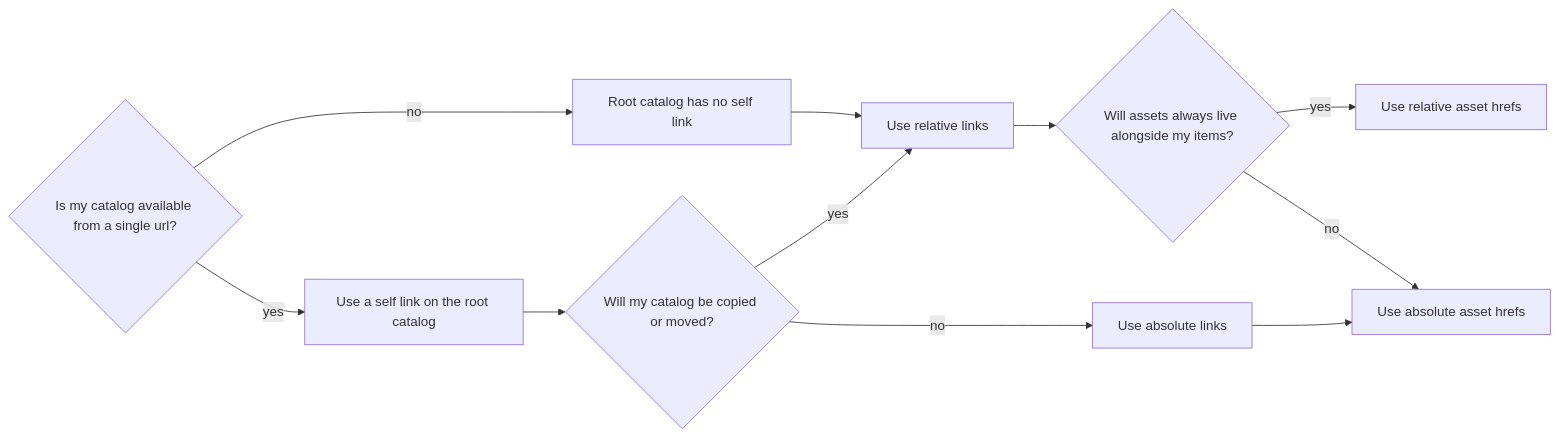
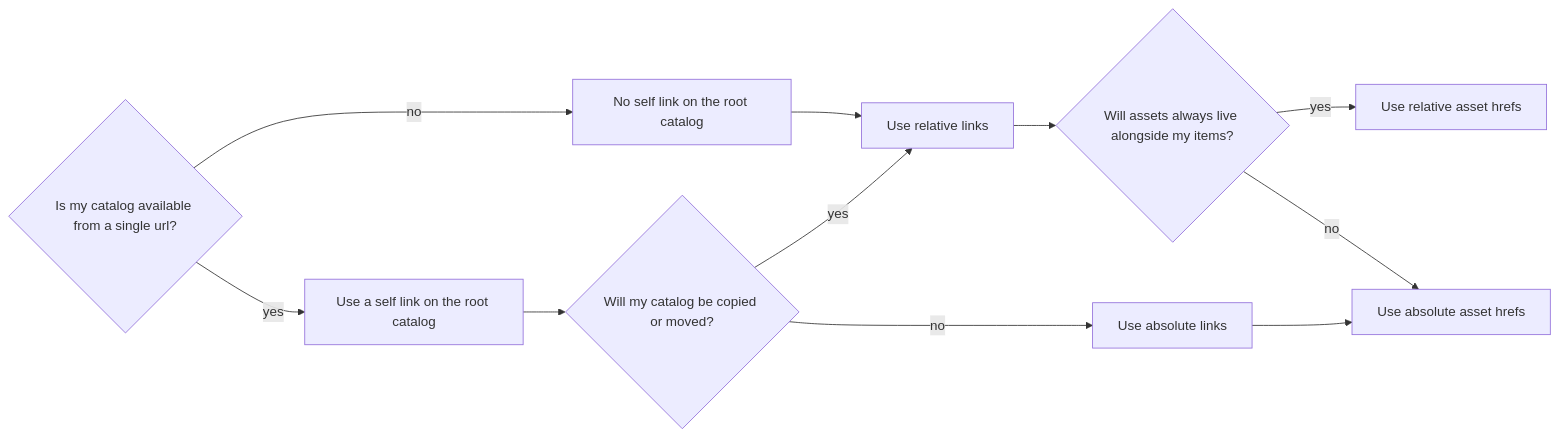
The diagram in best-practices-catalog-and-collection.md (radiantearth/stac-best-practices), drawn with Mermaid before and after one commit.

````diff
--- a/best-practices-catalog-and-collection.md
+++ b/best-practices-catalog-and-collection.md
@@ -234,23 +234,23 @@
 ```mermaid
 graph LR
     a["Is my catalog available from a single url?"]@{ shape: decision }
     b["Use a self link on the root catalog"]
-    c["Root catalog has no self link"]
+    c["No self link on the root catalog"]
     d["Use relative links"]
     e["Use absolute links"]
     f["Use relative asset hrefs"]
     g["Use absolute asset hrefs"]
     h["Will my catalog be copied or moved?"]@{ shape: decision }
     i["Will assets always live alongside my items?"]@{ shape: decision }
 
     a -- yes --> b
     a -- no --> c
     c --> d
     b --> h
     h -- yes --> d
     h -- no --> e
     d --> i
     i -- yes --> f
     i -- no --> g
     e --> g
 ```
````
